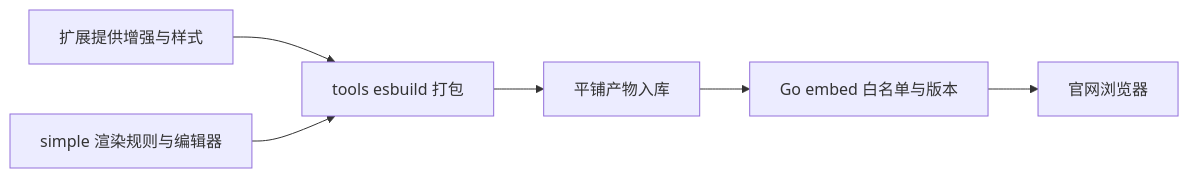
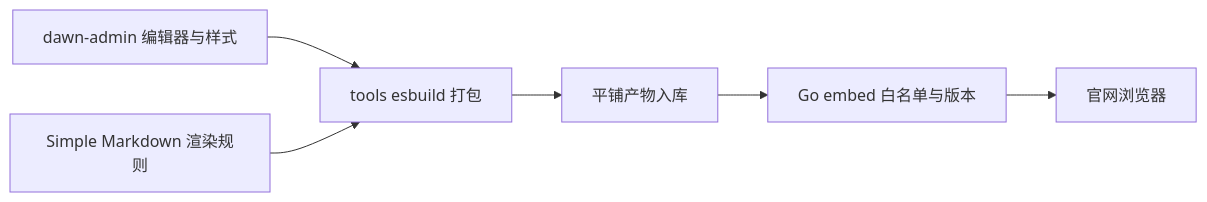
The first of 2 diagrams in docs/moments.md (dawnim/dawn-simple), drawn with Mermaid before and after one commit. The commit also changed other lines of this file and 14 other files, not shown here.

````diff
--- a/docs/moments.md
+++ b/docs/moments.md
@@ -85,8 +76,8 @@
 ```mermaid
 flowchart LR
-  A[扩展提供增强与样式] --> C[tools esbuild 打包]
-  B[simple 渲染规则与编辑器] --> C
+  A[dawn-admin 编辑器与样式] --> C[tools esbuild 打包]
+  B[Simple Markdown 渲染规则] --> C
   C --> D[平铺产物入库]
   D --> E[Go embed 白名单与版本]
   E --> F[官网浏览器]
 ```
````
